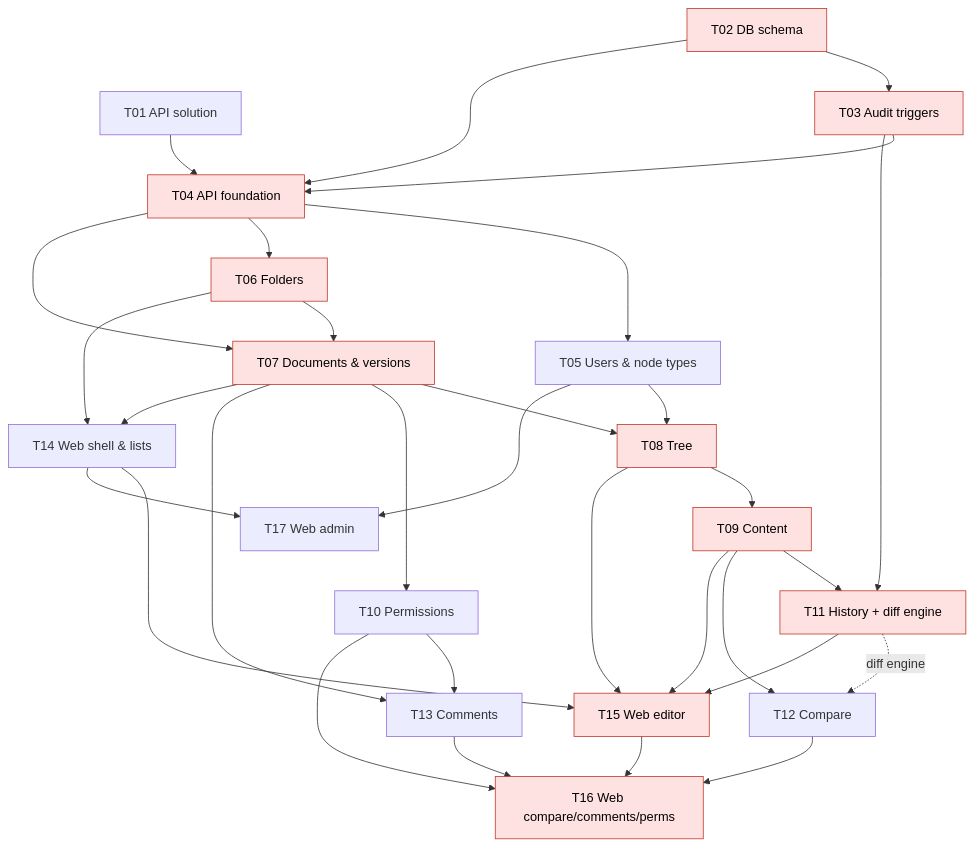
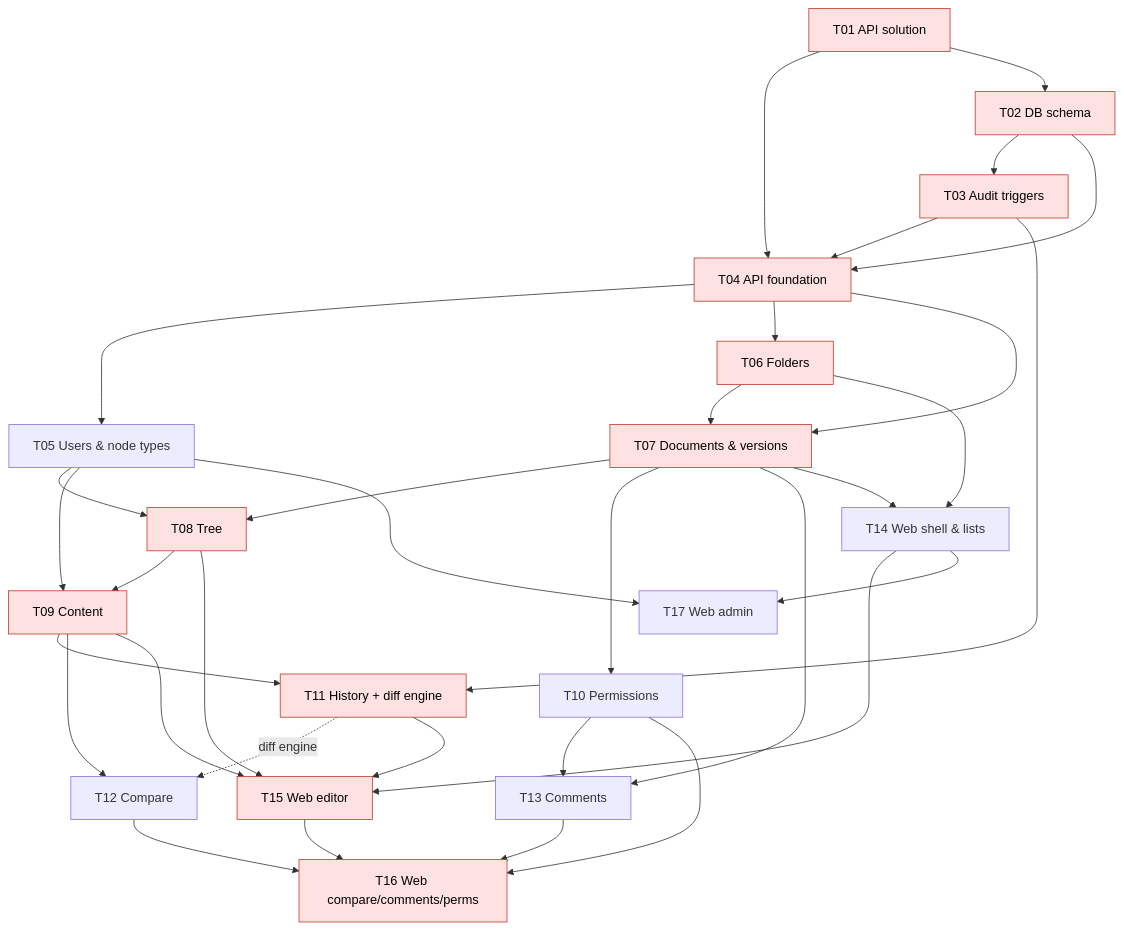
Before and after one commit to olexlpv-sys/test-repo: the diagram in docs/tasks/00-execution-plan.md, drawn with Mermaid. The commit also changed other lines of this file and 36 other files, not shown here.

````diff
--- a/docs/tasks/00-execution-plan.md
+++ b/docs/tasks/00-execution-plan.md
@@ -31,36 +31,38 @@
 ```mermaid
 flowchart TD
   T01[T01 API solution] --> T04
+  T01 --> T02
   T02[T02 DB schema] --> T03[T03 Audit triggers]
   T02 --> T04
   T03 --> T04[T04 API foundation]
   T04 --> T05[T05 Users & node types]
   T04 --> T06[T06 Folders]
   T06 --> T07[T07 Documents & versions]
   T04 --> T07
   T05 --> T08[T08 Tree]
   T07 --> T08
   T08 --> T09[T09 Content]
+  T05 --> T09
   T07 --> T10[T10 Permissions]
   T03 --> T11[T11 History + diff engine]
   T09 --> T11
   T09 --> T12[T12 Compare]
   T11 -. diff engine .-> T12
   T07 --> T13[T13 Comments]
   T10 --> T13
   T06 --> T14[T14 Web shell & lists]
   T07 --> T14
   T08 --> T15[T15 Web editor]
   T09 --> T15
   T11 --> T15
   T14 --> T15
   T10 --> T16[T16 Web compare/comments/perms]
   T12 --> T16
   T13 --> T16
   T15 --> T16
   T05 --> T17[T17 Web admin]
   T14 --> T17
 
   classDef crit fill:#fde2e1,stroke:#c0392b,color:#000;
-  class T02,T03,T04,T06,T07,T08,T09,T11,T15,T16 crit;
+  class T01,T02,T03,T04,T06,T07,T08,T09,T11,T15,T16 crit;
 ```
````
